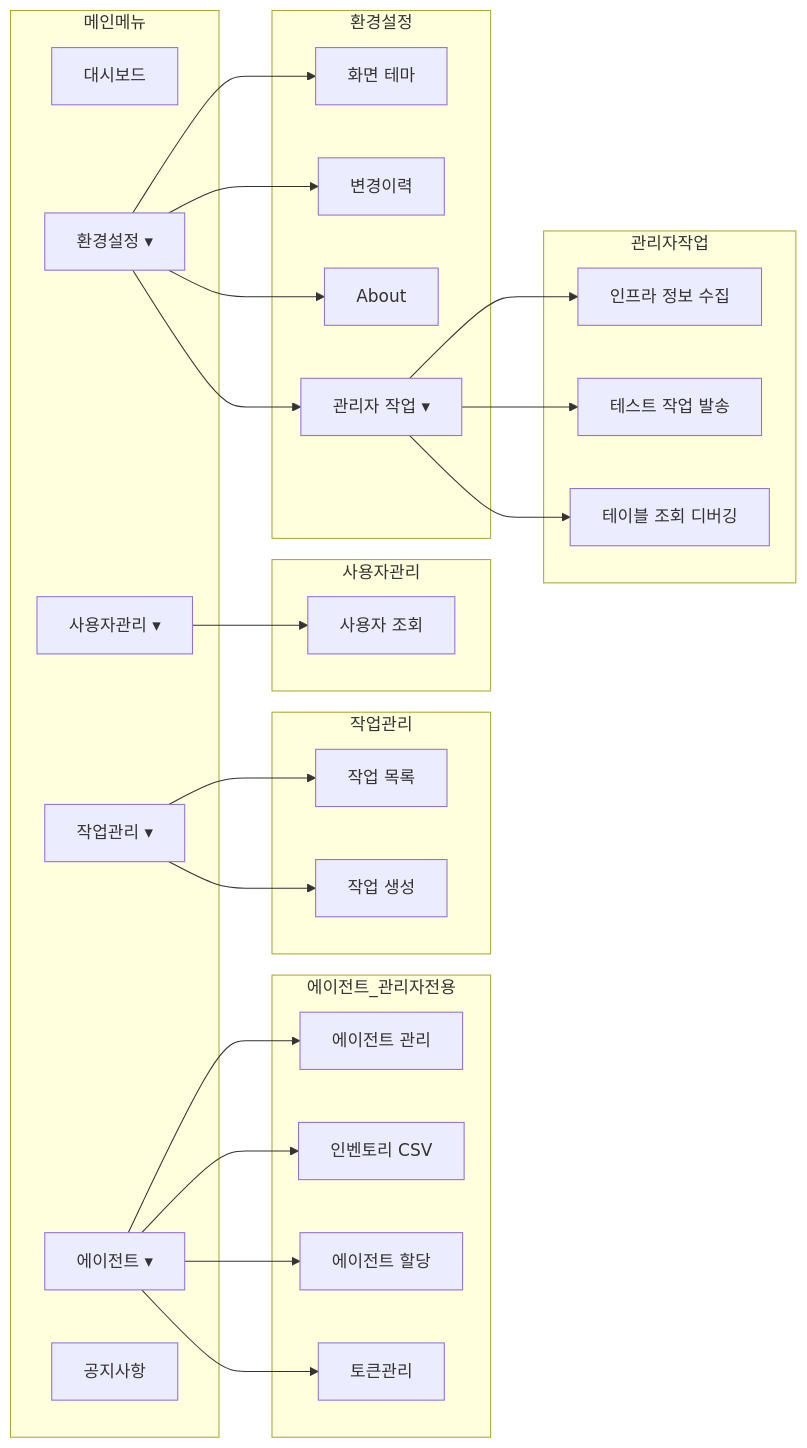
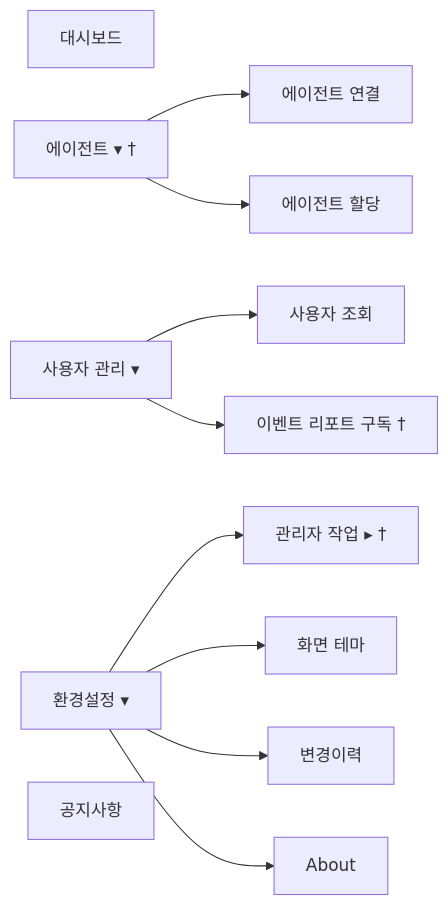
One commit to ora01000/project-a changed the second of 2 diagrams in docs/FRONTEND_UI.md. Above: the diagram before and after it, drawn with Mermaid. The commit also changed other lines of this file and 8 other files, not shown here.

````diff
--- a/docs/FRONTEND_UI.md
+++ b/docs/FRONTEND_UI.md
@@ -130,40 +138,19 @@
 ```mermaid
 flowchart LR
-    subgraph 메인메뉴
-        D[대시보드]
-        A[에이전트 ▾]
-        J[작업관리 ▾]
-        U[사용자관리 ▾]
-        S[환경설정 ▾]
-        N[공지사항]
-    end
+    D[대시보드]
+    A[에이전트 ▾ †]
+    U[사용자 관리 ▾]
+    S[환경설정 ▾]
+    N[공지사항]
 
-    subgraph 에이전트_관리자전용
-        A --> A1[에이전트 관리]
-        A --> A2[인벤토리 CSV]
-        A --> A3[에이전트 할당]
-        A --> A4[토큰관리]
-    end
+    A --> A1[에이전트 연결]
+    A --> A2[에이전트 할당]
 
-    subgraph 작업관리
-        J --> J1[작업 목록]
-        J --> J2[작업 생성]
-    end
+    U --> U1[사용자 조회]
+    U --> U2[이벤트 리포트 구독 †]
 
-    subgraph 사용자관리
-        U --> U1[사용자 조회]
-    end
-
-    subgraph 환경설정
-        S --> S1[화면 테마]
-        S --> S2[변경이력]
-        S --> S3[About]
-        S --> S4[관리자 작업 ▾]
-    end
-
-    subgraph 관리자작업
-        S4 --> S4a[인프라 정보 수집]
-        S4 --> S4b[테스트 작업 발송]
-        S4 --> S4c[테이블 조회 디버깅]
-    end
+    S --> S0[관리자 작업 ▸ †]
+    S --> S1[화면 테마]
+    S --> S2[변경이력]
+    S --> S3[About]
 ```
````
